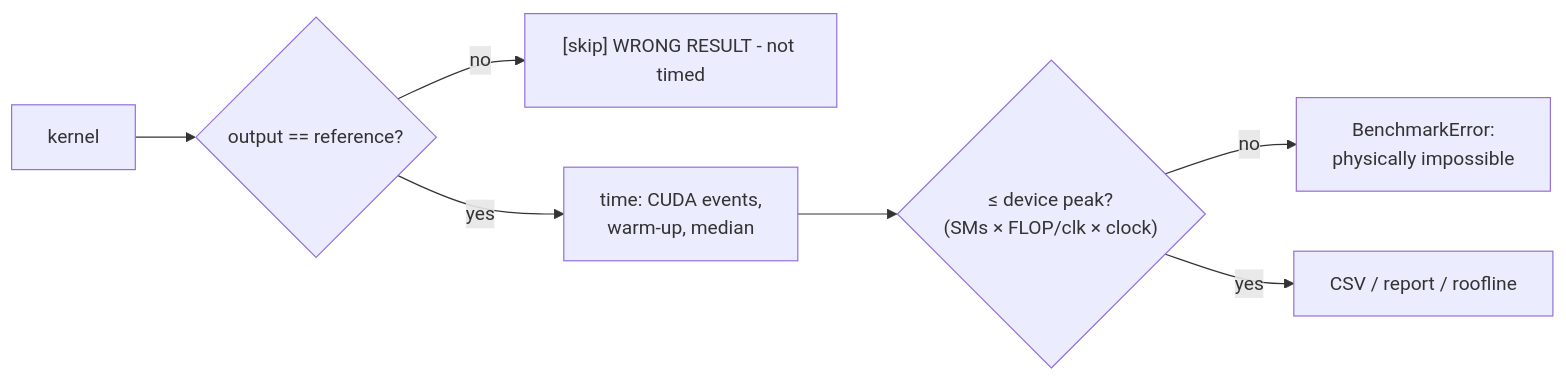
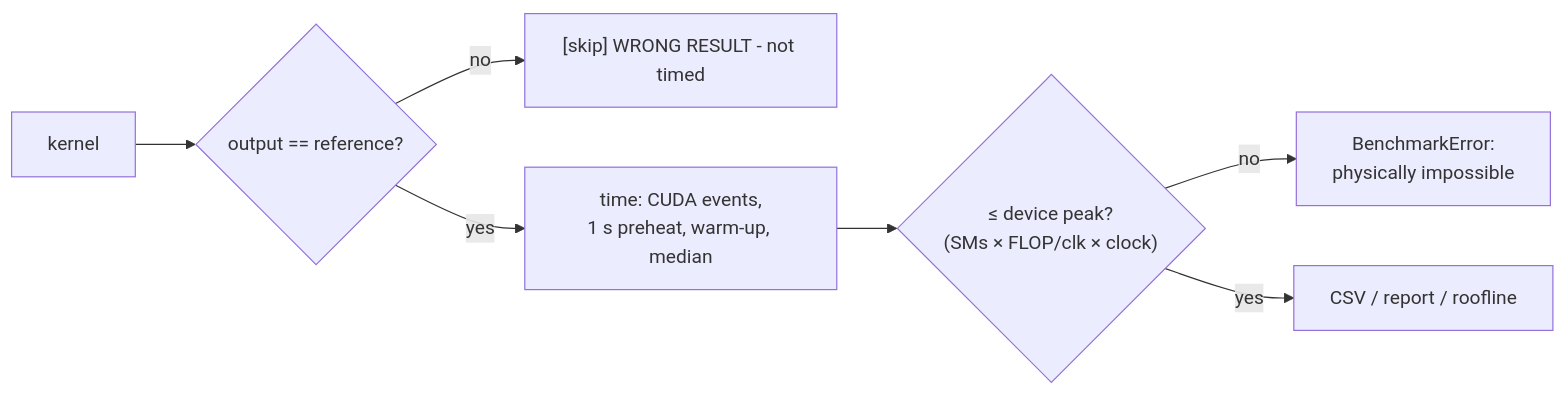
The diagram in README.md (boson316/RTX3050-GPU-Mastery), drawn with Mermaid before and after one commit. The commit also changed other lines of this file and 15 other files, not shown here.

````diff
--- a/README.md
+++ b/README.md
@@ -41,9 +41,9 @@
 ```mermaid
 flowchart LR
     K[kernel] --> V{output == reference?}
     V -- no --> X["[skip] WRONG RESULT - not timed"]
-    V -- yes --> T["time: CUDA events,<br/>warm-up, median"]
+    V -- yes --> T["time: CUDA events,<br/>1 s preheat, warm-up, median"]
     T --> P{"≤ device peak?<br/>(SMs × FLOP/clk × clock)"}
     P -- no --> Y["BenchmarkError:<br/>physically impossible"]
     P -- yes --> R[CSV / report / roofline]
 ```
````
